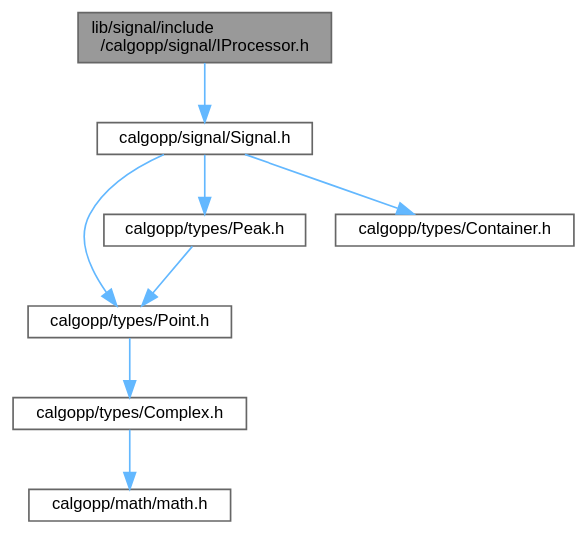
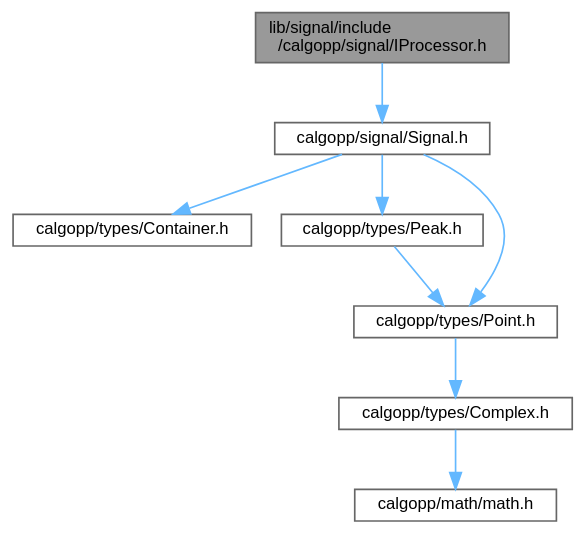
The diagram in IProcessor_8h__incl.dot (pawelekg95/algopp), drawn with Graphviz before and after one commit. The commit also changed 63 other files, not shown here.

```diff
--- a/IProcessor_8h__incl.dot
+++ b/IProcessor_8h__incl.dot
@@ -1,21 +1,21 @@
 digraph "lib/signal/include/calgopp/signal/IProcessor.h"
 {
  // LATEX_PDF_SIZE
   bgcolor="transparent";
   edge [fontname=Helvetica,fontsize=10,labelfontname=Helvetica,labelfontsize=10];
   node [fontname=Helvetica,fontsize=10,shape=box,height=0.2,width=0.4];
   Node1 [label="lib/signal/include\l/calgopp/signal/IProcessor.h",height=0.2,width=0.4,color="gray40", fillcolor="grey60", style="filled", fontcolor="black",tooltip=" "];
   Node1 -> Node2 [color="steelblue1",style="solid"];
   Node2 [label="calgopp/signal/Signal.h",height=0.2,width=0.4,color="grey40", fillcolor="white", style="filled",URL="$Signal_8h.html",tooltip=" "];
   Node2 -> Node3 [color="steelblue1",style="solid"];
-  Node3 [label="calgopp/types/Point.h",height=0.2,width=0.4,color="grey40", fillcolor="white", style="filled",URL="$Point_8h.html",tooltip=" "];
-  Node3 -> Node4 [color="steelblue1",style="solid"];
-  Node4 [label="calgopp/types/Complex.h",height=0.2,width=0.4,color="grey40", fillcolor="white", style="filled",URL="$Complex_8h.html",tooltip=" "];
+  Node3 [label="calgopp/types/Container.h",height=0.2,width=0.4,color="grey40", fillcolor="white", style="filled",URL="$Container_8h.html",tooltip=" "];
+  Node2 -> Node4 [color="steelblue1",style="solid"];
+  Node4 [label="calgopp/types/Peak.h",height=0.2,width=0.4,color="grey40", fillcolor="white", style="filled",URL="$Peak_8h.html",tooltip=" "];
   Node4 -> Node5 [color="steelblue1",style="solid"];
-  Node5 [label="calgopp/math/math.h",height=0.2,width=0.4,color="grey40", fillcolor="white", style="filled",URL="$math_8h.html",tooltip=" "];
-  Node2 -> Node6 [color="steelblue1",style="solid"];
-  Node6 [label="calgopp/types/Peak.h",height=0.2,width=0.4,color="grey40", fillcolor="white", style="filled",URL="$Peak_8h.html",tooltip=" "];
-  Node6 -> Node3 [color="steelblue1",style="solid"];
-  Node2 -> Node7 [color="steelblue1",style="solid"];
-  Node7 [label="calgopp/types/Container.h",height=0.2,width=0.4,color="grey40", fillcolor="white", style="filled",URL="$Container_8h.html",tooltip=" "];
+  Node5 [label="calgopp/types/Point.h",height=0.2,width=0.4,color="grey40", fillcolor="white", style="filled",URL="$Point_8h.html",tooltip=" "];
+  Node5 -> Node6 [color="steelblue1",style="solid"];
+  Node6 [label="calgopp/types/Complex.h",height=0.2,width=0.4,color="grey40", fillcolor="white", style="filled",URL="$Complex_8h.html",tooltip=" "];
+  Node6 -> Node7 [color="steelblue1",style="solid"];
+  Node7 [label="calgopp/math/math.h",height=0.2,width=0.4,color="grey40", fillcolor="white", style="filled",URL="$math_8h.html",tooltip=" "];
+  Node2 -> Node5 [color="steelblue1",style="solid"];
 }
```
